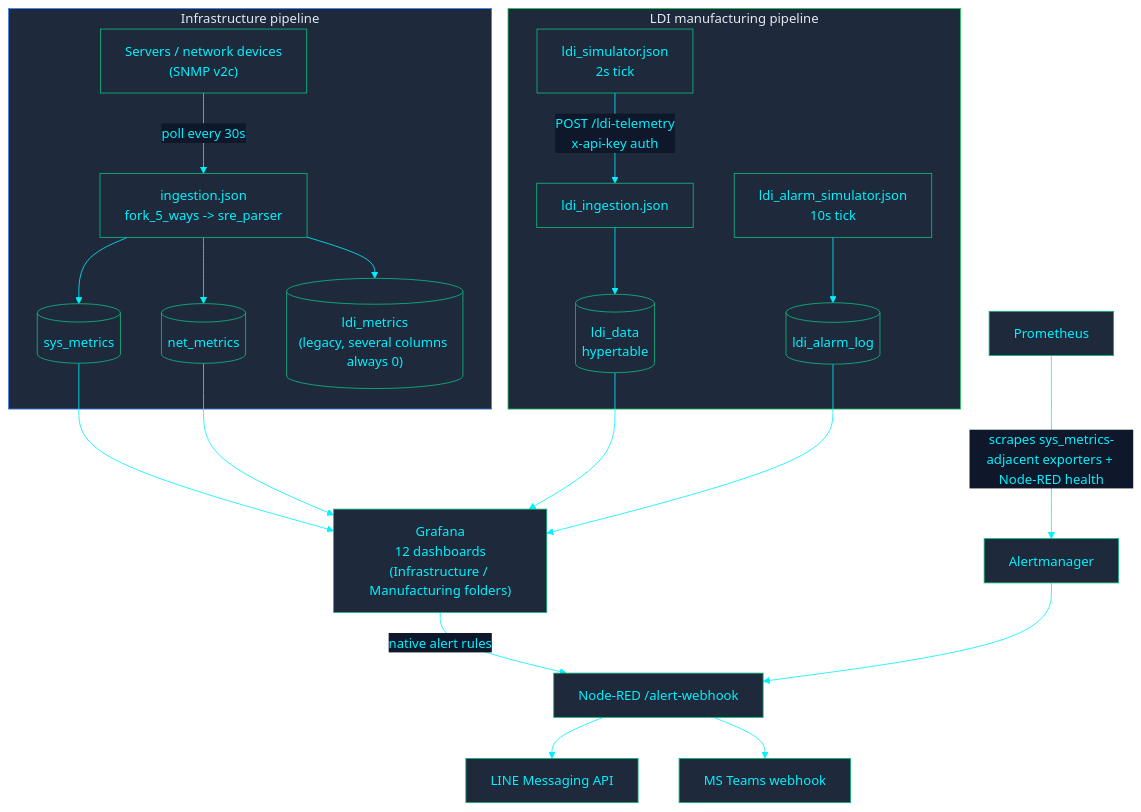
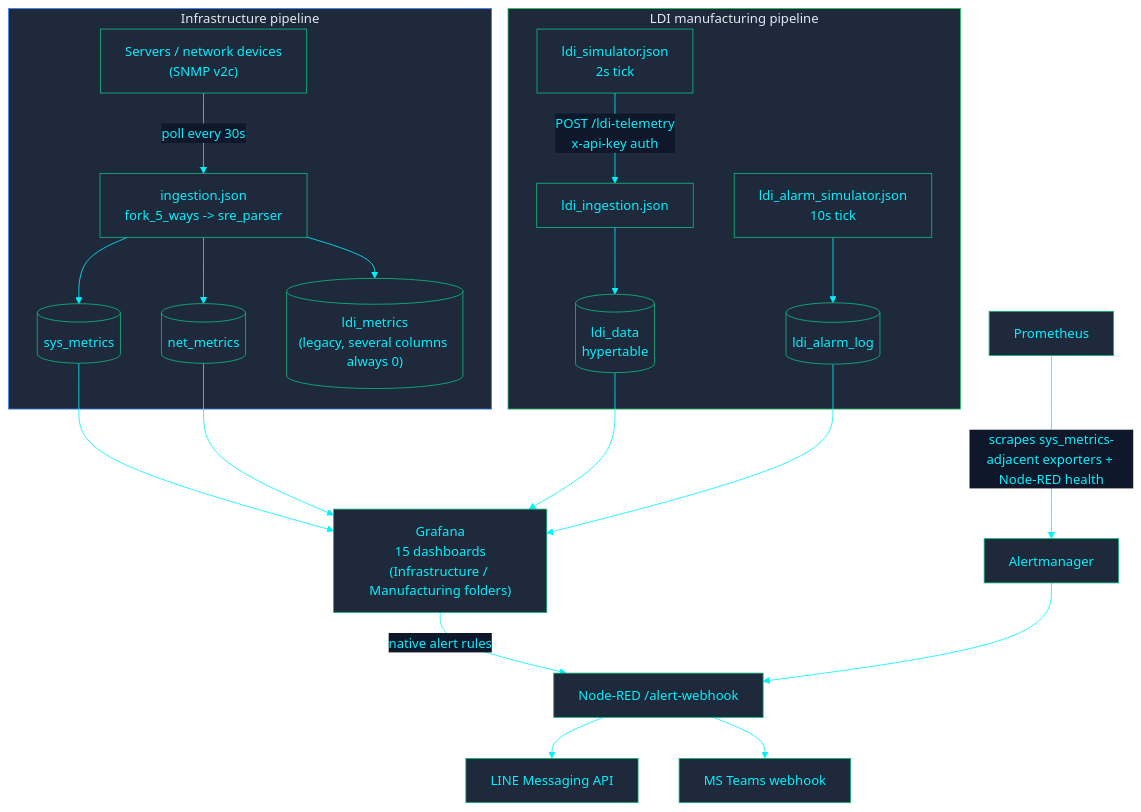
The first of 3 diagrams in docs/architecture/DATA_FLOW.md (PATTANAKORN025/IMS), drawn with Mermaid before and after one commit. The commit also changed 16 other files, not shown here.

````diff
--- a/docs/architecture/DATA_FLOW.md
+++ b/docs/architecture/DATA_FLOW.md
@@ -11,30 +11,30 @@
 ```mermaid
 %%{init: {'theme': 'base', 'themeVariables': { 'primaryColor': '#1e293b', 'primaryTextColor': '#00F2FE', 'primaryBorderColor': '#10B981', 'lineColor': '#00F2FE', 'secondaryColor': '#0f172a', 'tertiaryColor': '#0f172a', 'clusterBkg': '#030407', 'clusterBorder': '#00F2FE'}}}%%
 flowchart TB
  subgraph INFRA["Infrastructure pipeline"]
   DEV["Servers / network devices\n(SNMP v2c)"] -->|"poll every 30s"| WALK["ingestion.json\nfork_5_ways -> sre_parser"]
   WALK --> SYS[("sys_metrics")]
   WALK --> NET[("net_metrics")]
   WALK --> LDIM[("ldi_metrics\n(legacy, several columns always 0)")]
  end
 
  subgraph LDI["LDI manufacturing pipeline"]
   SIM["ldi_simulator.json\n2s tick"] -->|"POST /ldi-telemetry\nx-api-key auth"| ING["ldi_ingestion.json"]
   ING --> LDID[("ldi_data\nhypertable")]
   ALMSIM["ldi_alarm_simulator.json\n10s tick"] --> ALOG[("ldi_alarm_log")]
  end
 
- SYS --> GRAFANA["Grafana\n12 dashboards\n(Infrastructure / Manufacturing folders)"]
+ SYS --> GRAFANA["Grafana\n15 dashboards\n(Infrastructure / Manufacturing folders)"]
  NET --> GRAFANA
  LDID --> GRAFANA
  ALOG --> GRAFANA
 
  GRAFANA -->|"native alert rules"| WEBHOOK["Node-RED /alert-webhook"]
  PROM["Prometheus"] -->|"scrapes sys_metrics-adjacent exporters + Node-RED health"| AM["Alertmanager"]
  AM --> WEBHOOK
  WEBHOOK --> LINE["LINE Messaging API"]
  WEBHOOK --> TEAMS["MS Teams webhook"]
 
  style INFRA fill:#1e293b,stroke:#3b82f6,color:#e2e8f0
  style LDI fill:#1e293b,stroke:#22c55e,color:#e2e8f0
 ```
````
